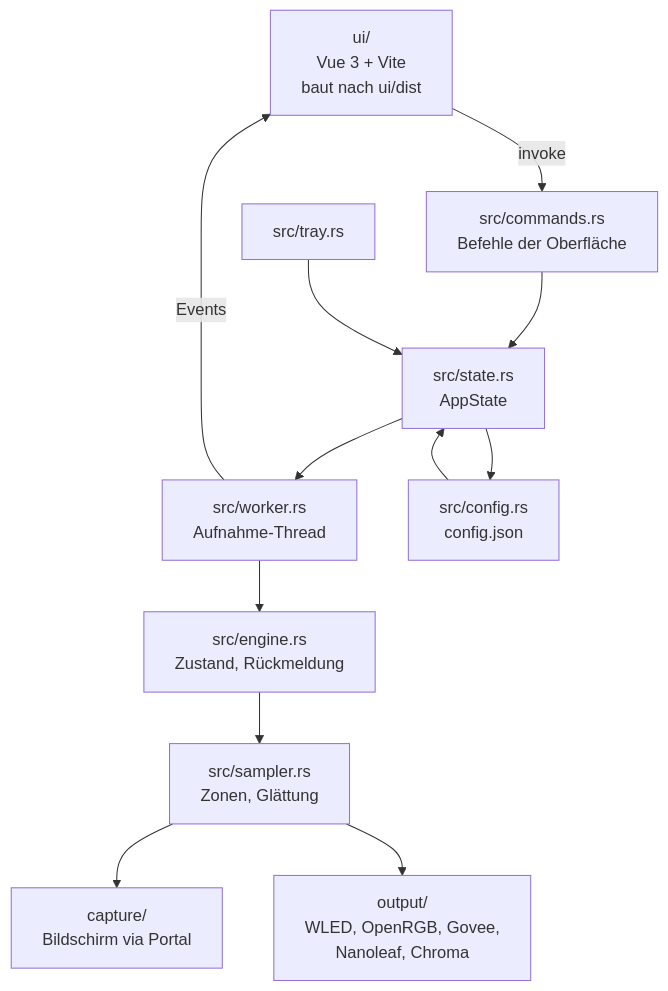
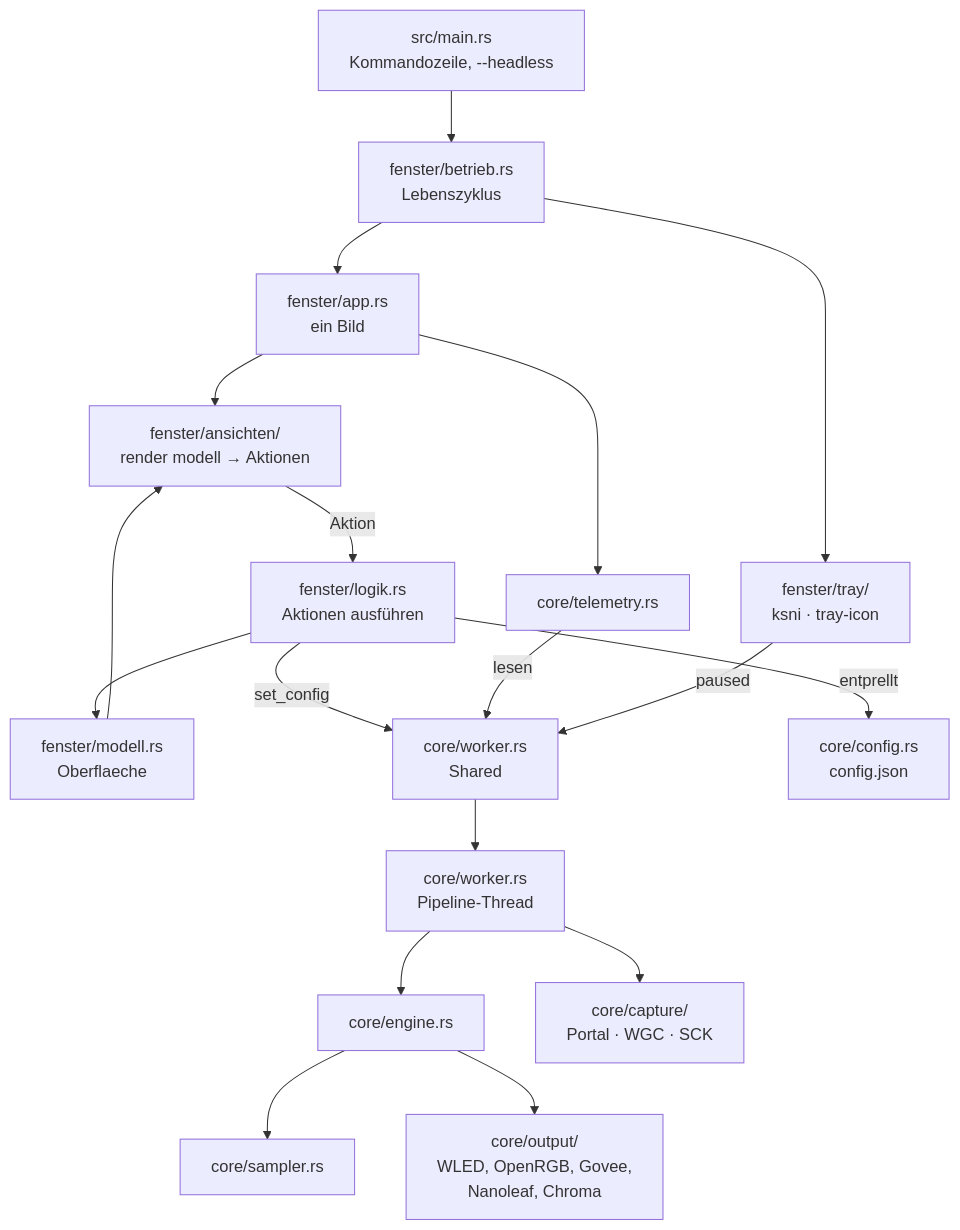
One commit to patimweb-labs/wledambilight changed the diagram in docs/architektur.md. Above: the diagram before and after it, drawn with Mermaid. The commit also changed other lines of this file and 160 other files, not shown here.

Commit message:
feat!: Oberfläche in egui statt Tauri und Vue – reines Rust (#33)

````diff
--- a/docs/architektur.md
+++ b/docs/architektur.md
@@ -12,25 +17,36 @@
 ```mermaid
 flowchart TD
-    UI[ui/<br/>Vue 3 + Vite<br/>baut nach ui/dist]
-    CMD[src/commands.rs<br/>Befehle der Oberfläche]
-    STATE[src/state.rs<br/>AppState]
-    WORKER[src/worker.rs<br/>Aufnahme-Thread]
-    ENGINE[src/engine.rs<br/>Zustand, Rückmeldung]
-    SAMPLER[src/sampler.rs<br/>Zonen, Glättung]
-    CAP[capture/<br/>Bildschirm via Portal]
-    OUT[output/<br/>WLED, OpenRGB, Govee,<br/>Nanoleaf, Chroma]
-    CFG[src/config.rs<br/>config.json]
-    TRAY[src/tray.rs]
+    MAIN[src/main.rs<br/>Kommandozeile, --headless]
+    BETRIEB[fenster/betrieb.rs<br/>Lebenszyklus]
+    TRAY[fenster/tray/<br/>ksni · tray-icon]
+    APP[fenster/app.rs<br/>ein Bild]
+    ANS[fenster/ansichten/<br/>render modell → Aktionen]
+    LOGIK[fenster/logik.rs<br/>Aktionen ausführen]
+    MODELL[fenster/modell.rs<br/>Oberflaeche]
+    SHARED[core/worker.rs<br/>Shared]
+    WORKER[core/worker.rs<br/>Pipeline-Thread]
+    ENGINE[core/engine.rs]
+    SAMPLER[core/sampler.rs]
+    CAP[core/capture/<br/>Portal · WGC · SCK]
+    OUT[core/output/<br/>WLED, OpenRGB, Govee,<br/>Nanoleaf, Chroma]
+    CFG[core/config.rs<br/>config.json]
+    TEL[core/telemetry.rs]
 
-    UI -->|invoke| CMD
-    CMD --> STATE
-    STATE --> WORKER
+    MAIN --> BETRIEB
+    BETRIEB --> TRAY
+    BETRIEB --> APP
+    APP --> ANS
+    ANS -->|Aktion| LOGIK
+    LOGIK --> MODELL
+    MODELL --> ANS
+    LOGIK -->|set_config| SHARED
+    LOGIK -->|entprellt| CFG
+    TEL -->|lesen| SHARED
+    APP --> TEL
+    TRAY -->|paused| SHARED
+    SHARED --> WORKER
+    WORKER --> CAP
     WORKER --> ENGINE
     ENGINE --> SAMPLER
-    SAMPLER --> CAP
-    SAMPLER --> OUT
-    WORKER -->|Events| UI
-    TRAY --> STATE
-    CFG --> STATE
-    STATE --> CFG
+    ENGINE --> OUT
 ```
````
